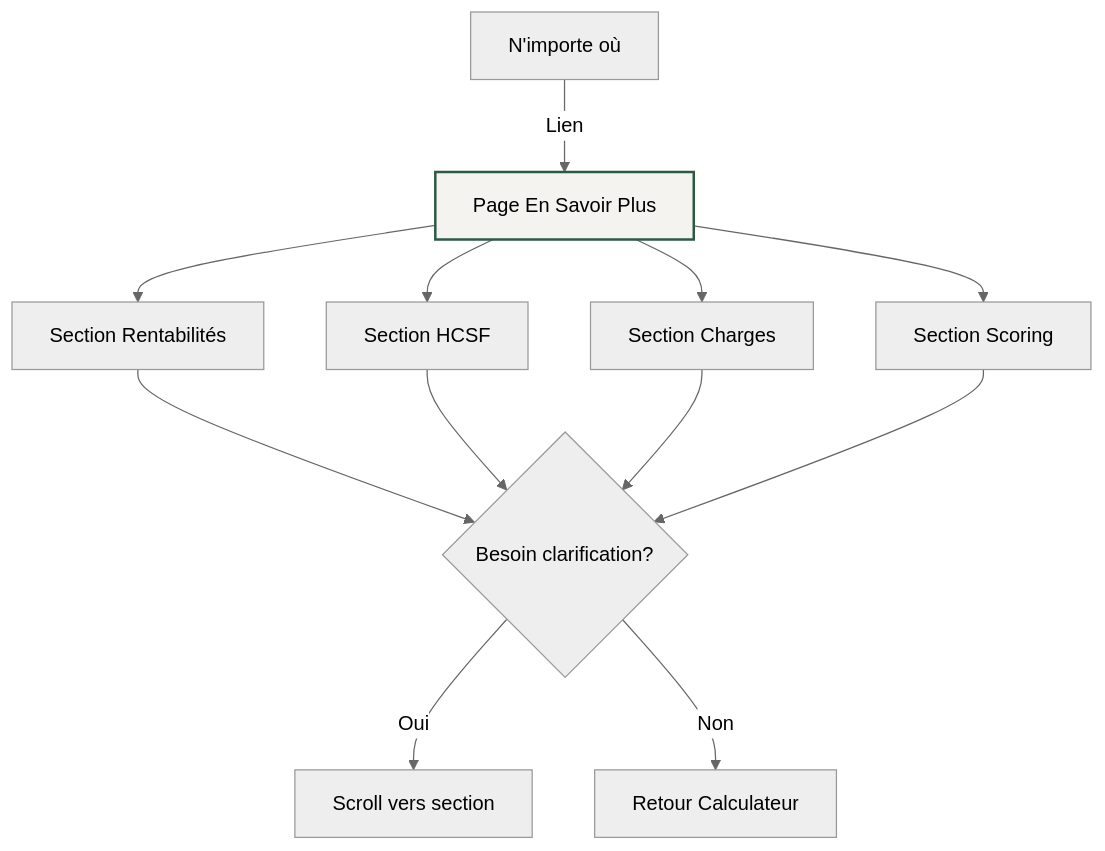
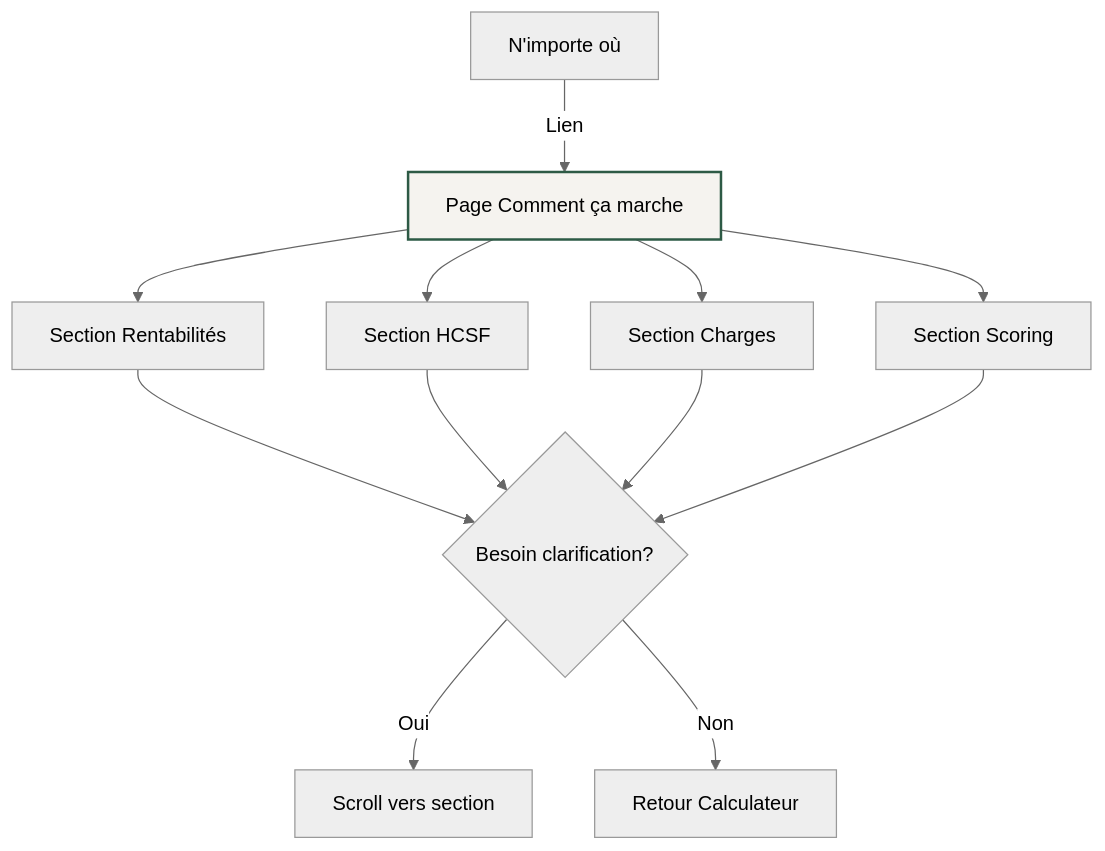
One commit to ATCHON/Renta_Immo changed the fifth of 5 diagrams in docs/ux/front-end-spec.md. Above: the diagram before and after it, drawn with Mermaid (neutral theme). The commit also changed other lines of this file and 5 other files, not shown here.

First line of the commit message:
docs(rename): renommer 'En savoir plus' en 'Comment ca marche' dans les docs et le code

````diff
--- a/docs/ux/front-end-spec.md
+++ b/docs/ux/front-end-spec.md
@@ -273,19 +283,19 @@
 ```mermaid
 graph TD
-    A[N'importe où] -->|Lien| B[Page En Savoir Plus]
+    A[N'importe où] -->|Lien| B[Page Comment ça marche]
 
     B --> C[Section Rentabilités]
     B --> D[Section HCSF]
     B --> E[Section Charges]
     B --> F[Section Scoring]
 
     C --> G{Besoin clarification?}
     D --> G
     E --> G
     F --> G
 
     G -->|Oui| H[Scroll vers section]
     G -->|Non| I[Retour Calculateur]
 
     style B fill:#F5F3EF,stroke:#2D5A45,stroke-width:2px
 ```
````
